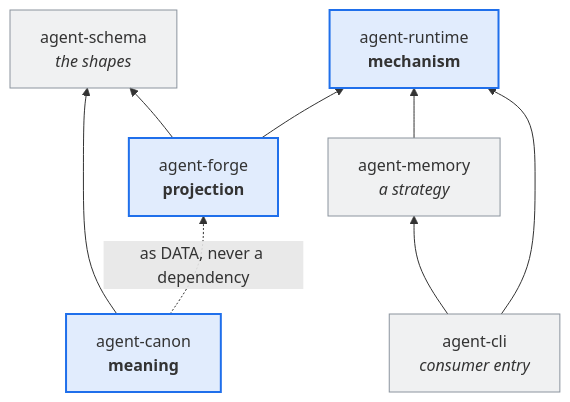
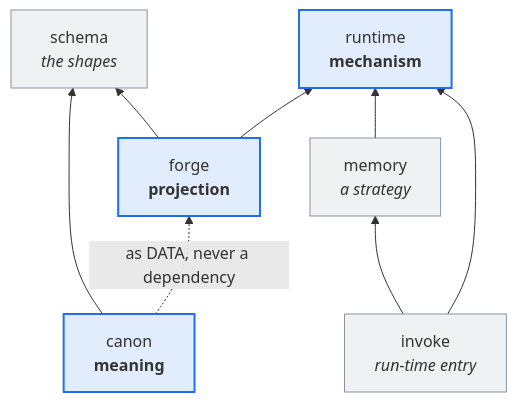
One commit to leclabs/cratylus changed the diagram in ARCHITECTURE.md. Above: the diagram before and after it, drawn with Mermaid. The commit also changed other lines of this file and 688 other files, not shown here.

````diff
--- a/ARCHITECTURE.md
+++ b/ARCHITECTURE.md
@@ -162,23 +191,23 @@
 ```mermaid
 graph BT
-    schema["agent-schema<br/><i>the shapes</i>"]
-    canon["agent-canon<br/><b>meaning</b>"]
-    runtime["agent-runtime<br/><b>mechanism</b>"]
-    forge["agent-forge<br/><b>projection</b>"]
-    memory["agent-memory<br/><i>a strategy</i>"]
-    cli["agent-cli<br/><i>consumer entry</i>"]
+    schema["schema<br/><i>the shapes</i>"]
+    canon["canon<br/><b>meaning</b>"]
+    runtime["runtime<br/><b>mechanism</b>"]
+    forge["forge<br/><b>projection</b>"]
+    memory["memory<br/><i>a strategy</i>"]
+    invoke["invoke<br/><i>run-time entry</i>"]
 
     canon --> schema
     forge --> schema
     forge --> runtime
     memory --> runtime
-    cli --> runtime
-    cli --> memory
+    invoke --> runtime
+    invoke --> memory
 
     canon -. "as DATA, never a dependency" .-> forge
 
     classDef concern fill:#1f6feb22,stroke:#1f6feb,stroke-width:2px
     classDef support fill:#8b949e22,stroke:#8b949e
     class canon,runtime,forge concern
-    class schema,memory,cli support
+    class schema,memory,invoke support
 ```
````
